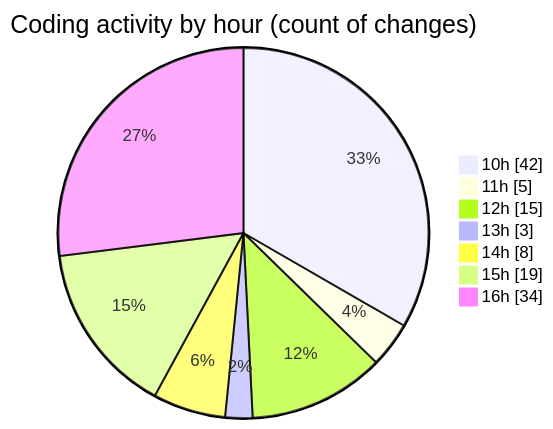
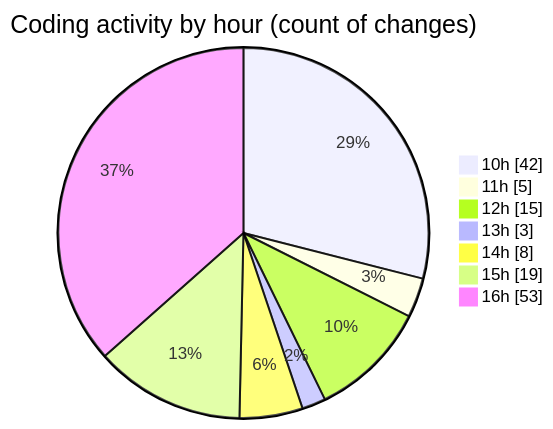
Before and after one commit to nxtqubesakshisongat/code-tracking: the second of 2 diagrams in 2025-08-04/nxtqube_webapp/README.md, drawn with Mermaid. The commit also changed other lines of this file and 1 other file, not shown here.

````diff
--- a/2025-08-04/nxtqube_webapp/README.md
+++ b/2025-08-04/nxtqube_webapp/README.md
@@ -46,11 +50,11 @@
 ```mermaid
 pie showData
 title Coding activity by hour (count of changes)
 "10h" : 42
 "11h" : 5
 "12h" : 15
 "13h" : 3
 "14h" : 8
 "15h" : 19
-"16h" : 34
+"16h" : 53
 ```
````
